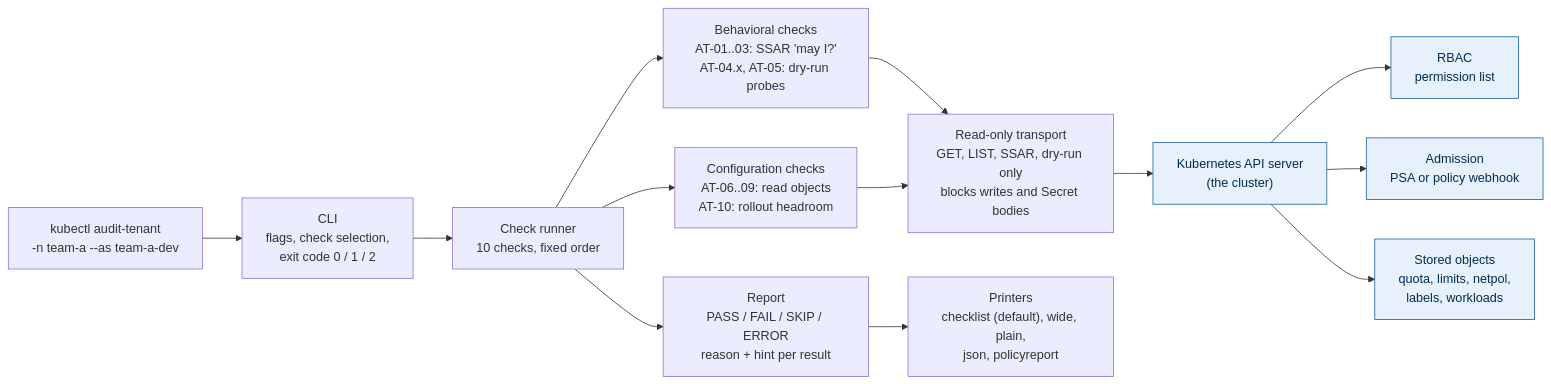
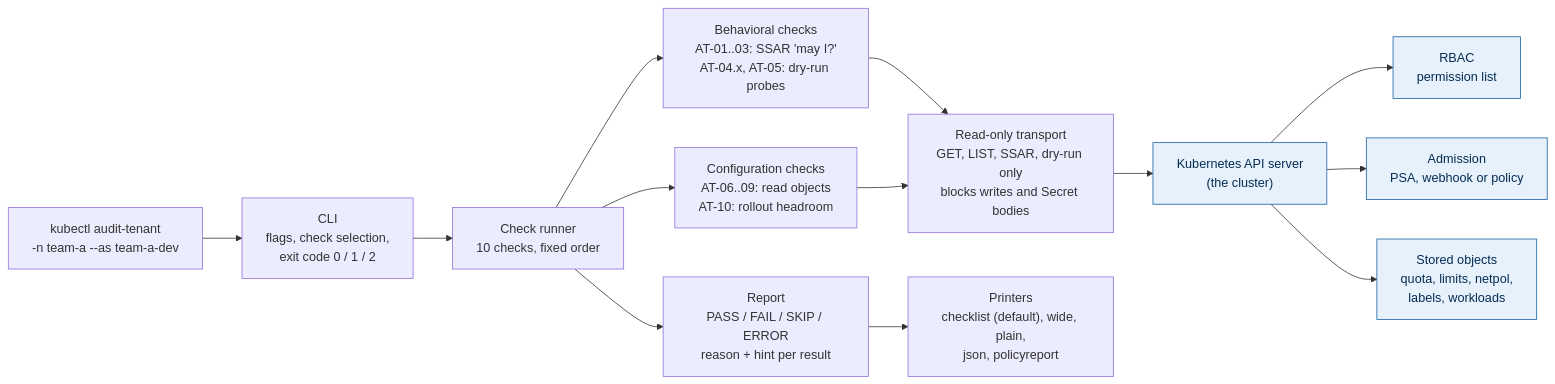
Before and after one commit to BodhiSatvik/kubectl-audit-tenant: the diagram in DESIGN.md, drawn with Mermaid. The commit also changed 1 other file, not shown here.

Commit message:
Diagram: admission node names PSA, webhook or policy (VAP added in D13)
The SVG, PNG and excalidraw renders still show the old wording; re-render
with the diagram skill before the README uses them.

````diff
--- a/DESIGN.md
+++ b/DESIGN.md
@@ -40,17 +40,17 @@
 ```mermaid
 graph LR
   U["kubectl audit-tenant<br/>-n team-a --as team-a-dev"] --> CLI["CLI<br/>flags, check selection,<br/>exit code 0 / 1 / 2"]
   CLI --> RUN["Check runner<br/>10 checks, fixed order"]
   RUN --> BEH["Behavioral checks<br/>AT-01..03: SSAR 'may I?'<br/>AT-04.x, AT-05: dry-run probes"]
   RUN --> CFG["Configuration checks<br/>AT-06..09: read objects<br/>AT-10: rollout headroom"]
   BEH --> SAFE["Read-only transport<br/>GET, LIST, SSAR, dry-run only<br/>blocks writes and Secret bodies"]
   CFG --> SAFE
   SAFE --> API["Kubernetes API server<br/>(the cluster)"]
   API --> RBAC["RBAC<br/>permission list"]
-  API --> ADM["Admission<br/>PSA or policy webhook"]
+  API --> ADM["Admission<br/>PSA, webhook or policy"]
   API --> STORE["Stored objects<br/>quota, limits, netpol,<br/>labels, workloads"]
   RUN --> REP["Report<br/>PASS / FAIL / SKIP / ERROR<br/>reason + hint per result"]
   REP --> OUT["Printers<br/>checklist (default), wide, plain,<br/>json, policyreport"]
   classDef cluster fill:#E6F1FB,stroke:#185FA5,color:#042C53
   class API,RBAC,ADM,STORE cluster
 ```
````
